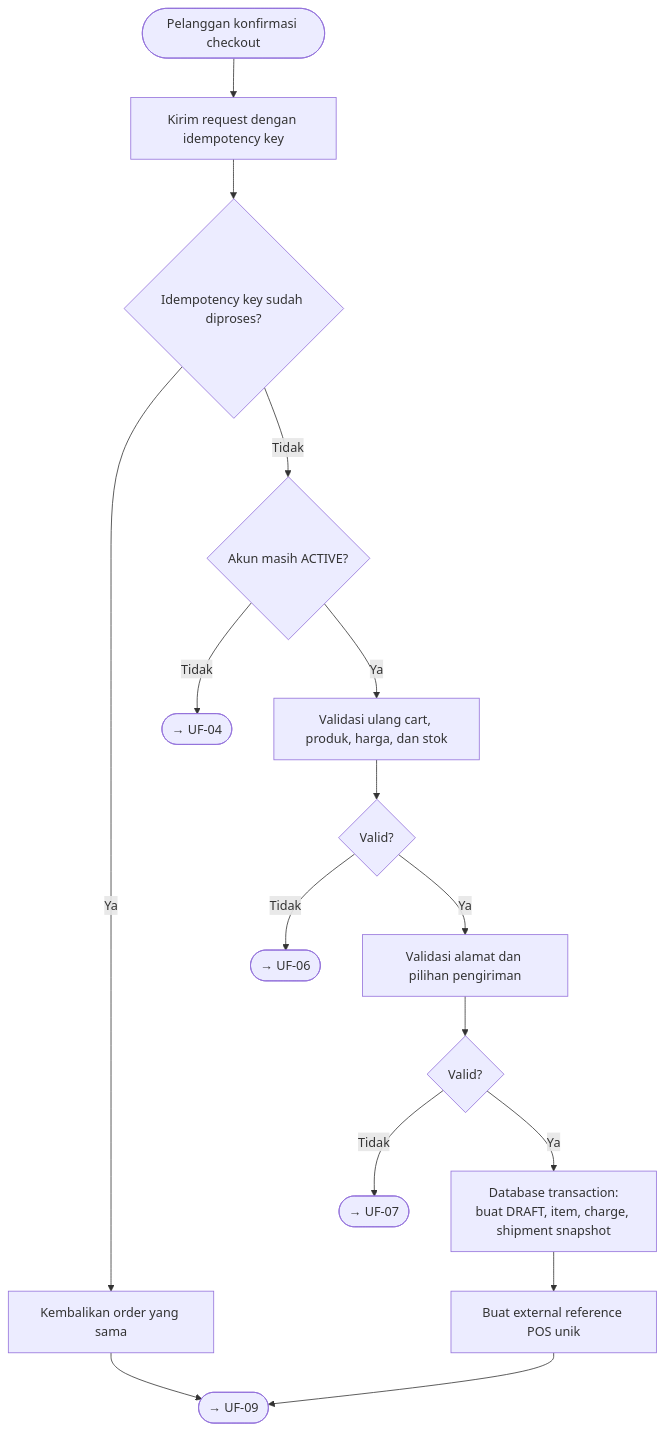
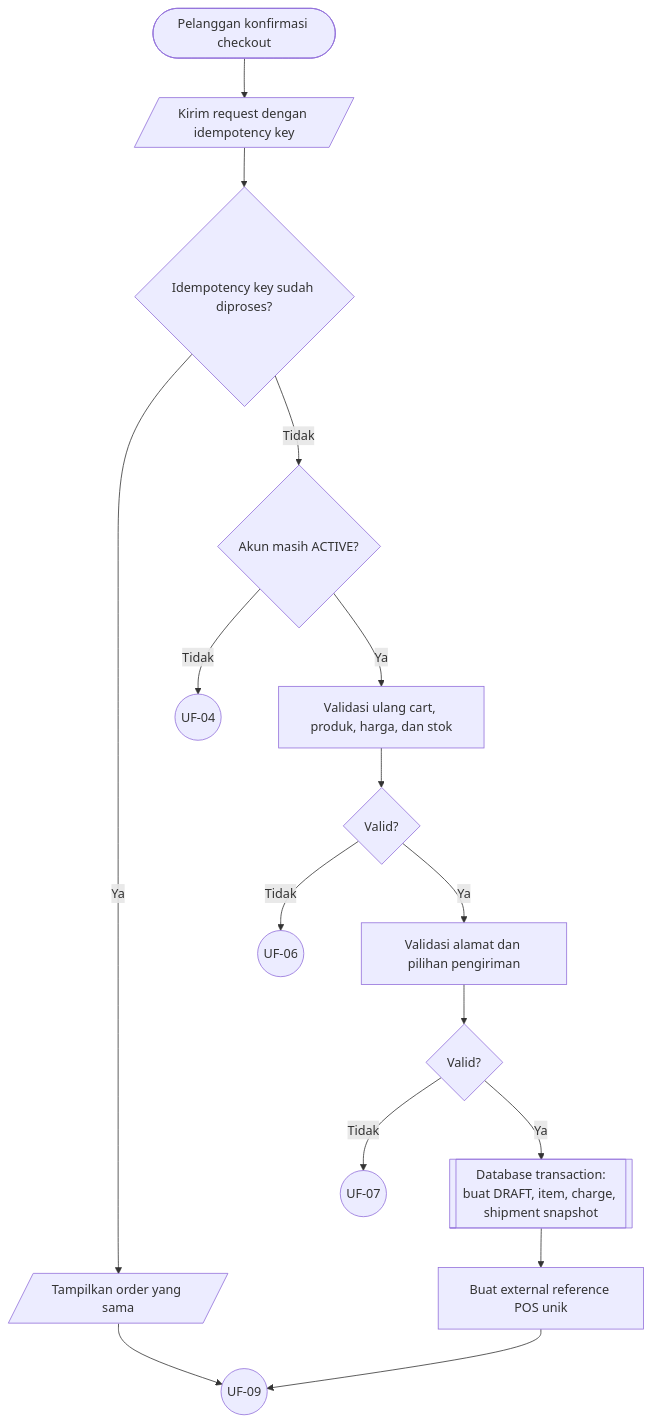
The eighth of 18 diagrams in docs/design/USER_FLOWS.md (Webekspres/pixel-komunika), drawn with Mermaid before and after one commit. The commit also changed other lines of this file, not shown here.

Commit message:
docs: standardize user flow notation

````diff
--- a/docs/design/USER_FLOWS.md
+++ b/docs/design/USER_FLOWS.md
@@ -258,23 +282,23 @@
 ```mermaid
 flowchart TD
-    A([Pelanggan konfirmasi checkout]) --> B["Kirim request dengan idempotency key"]
+    A(["Pelanggan konfirmasi checkout"]) --> B[/"Kirim request dengan idempotency key"/]
     B --> C{"Idempotency key sudah diproses?"}
-    C -->|Ya| D["Kembalikan order yang sama"]
-    D --> C_UF09(["→ UF-09"])
+    C -->|Ya| D[/"Tampilkan order yang sama"/]
+    D --> C_UF09((UF-09))
     C -->|Tidak| E{"Akun masih ACTIVE?"}
-    E -->|Tidak| C_UF04(["→ UF-04"])
+    E -->|Tidak| C_UF04((UF-04))
     E -->|Ya| F["Validasi ulang cart, produk, harga, dan stok"]
     F --> G{"Valid?"}
-    G -->|Tidak| C_UF06(["→ UF-06"])
+    G -->|Tidak| C_UF06((UF-06))
     G -->|Ya| H["Validasi alamat dan pilihan pengiriman"]
     H --> I{"Valid?"}
-    I -->|Tidak| C_UF07(["→ UF-07"])
-    I -->|Ya| J["Database transaction:<br/>buat DRAFT, item, charge, shipment snapshot"]
+    I -->|Tidak| C_UF07((UF-07))
+    I -->|Ya| J[["Database transaction:<br/>buat DRAFT, item, charge, shipment snapshot"]]
     J --> K["Buat external reference POS unik"]
     K --> C_UF09
 
     click C_UF04 "#uf-04-login-dan-routing-akses"
     click C_UF06 "#uf-06-rekalkulasi-harga-dan-pph-22"
     click C_UF07 "#uf-07-alamat-dan-pengiriman"
     click C_UF09 "#uf-09-sales-order-pos-dan-invoice"
 ```
````
